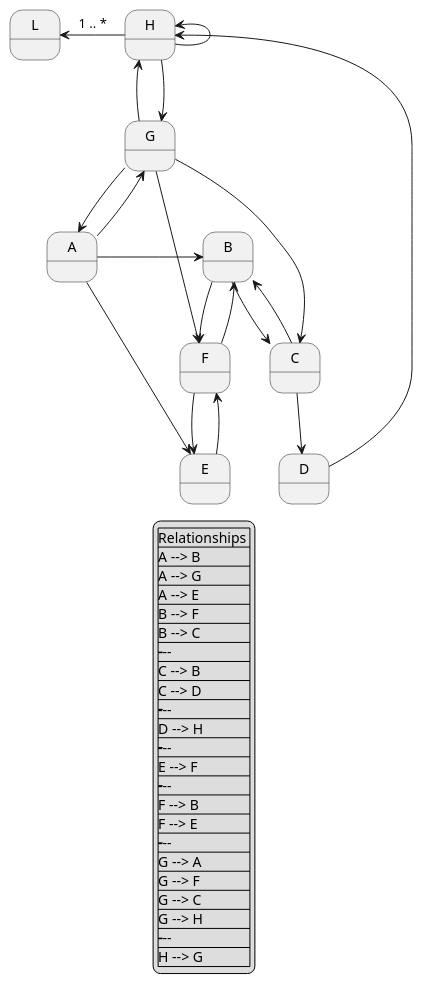
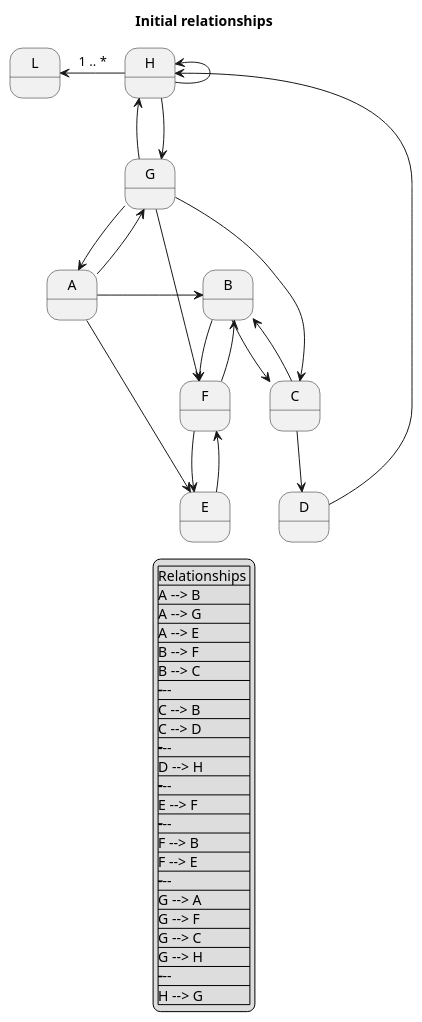
One commit to jorgwel/pojo-fill changed the diagram in docs/init.puml. Above: the diagram before and after it, drawn with PlantUML. The commit also changed 9 other files, not shown here.

Commit message:
Adding changes to sequence diagrams.

```diff
--- a/docs/init.puml
+++ b/docs/init.puml
@@ -1,67 +1,68 @@
 @startuml
 
+	title Initial relationships
 
 	state A
 	state B
 	state C
 	state D
 	state E
 	state F
 	state G
 	state H
 	state L
 
 	A -right-> B
 	A -down-> G
 	A -down-> E
 
 	B -right-> F
 	B -down-> C
 	
 	C --> B
 	C -down-> D
 	
 	D -down-> H
 
 	E --> F
 
 
 	F --> B
 	F --> E
 
 	G --> A
 	G --> F
 	G -right-> C
 	G -left-> H
 
 	H --> G
 	H -up-> H
 
 	H -left-> L : 1 .. *
 
  legend
  |Relationships |
 |A --> B|
 |A --> G|
 |A --> E|
 |B --> F|
 |B --> C|
 |-------|
 |C --> B|
 |C --> D|
 |-------|
 |D --> H|
 |-------|
 |E --> F|
 |-------|
 |F --> B|
 |F --> E|
 |-------|
 |G --> A|
 |G --> F|
 |G --> C|
 |G --> H|
 |-------|
 |H --> G|
  endlegend	
 @enduml
```
